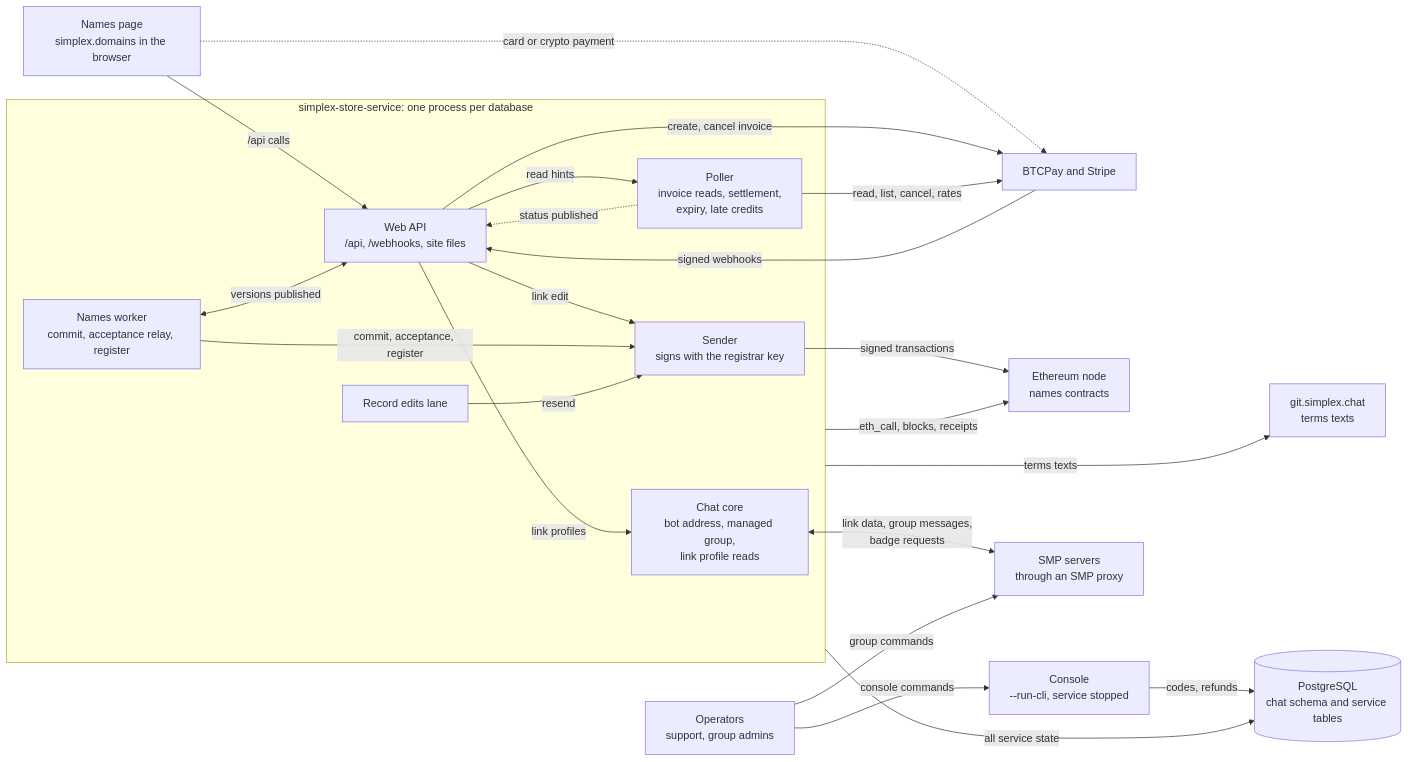
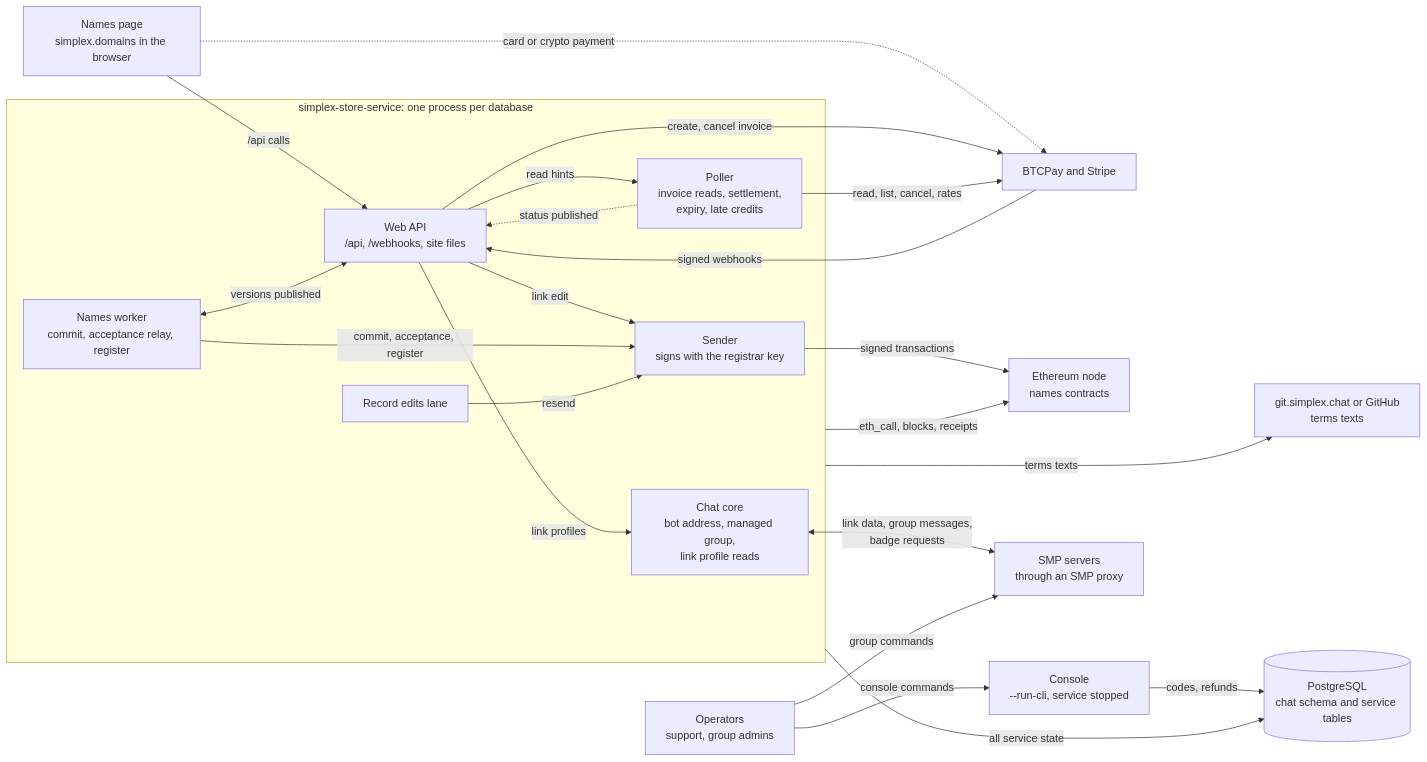
The first of 13 diagrams in apps/simplex-store-service/docs/names.md (simplex-chat/simplex-chat), drawn with Mermaid before and after one commit. The commit also changed other lines of this file and 3 other files, not shown here.

Commit message:
store: take names terms links on GitHub and pinned only by commit

````diff
--- a/apps/simplex-store-service/docs/names.md
+++ b/apps/simplex-store-service/docs/names.md
@@ -33,41 +33,41 @@
 ```mermaid
 flowchart LR
   ops["Operators<br/>support, group admins"]
   page["Names page<br/>simplex.domains in the browser"]
   pay["BTCPay and Stripe"]
   subgraph proc["simplex-store-service: one process per database"]
     web["Web API<br/>/api, /webhooks, site files"]
     poller["Poller<br/>invoice reads, settlement,<br/>expiry, late credits"]
     worker["Names worker<br/>commit, acceptance relay, register"]
     edits["Record edits lane"]
     sender["Sender<br/>signs with the registrar key"]
     chat["Chat core<br/>bot address, managed group,<br/>link profile reads"]
   end
   cli["Console<br/>--run-cli, service stopped"]
   db[("PostgreSQL<br/>chat schema and service tables")]
   eth["Ethereum node<br/>names contracts"]
   smp["SMP servers<br/>through an SMP proxy"]
-  git["git.simplex.chat<br/>terms texts"]
+  git["git.simplex.chat or GitHub<br/>terms texts"]
 
   page -->|"/api calls"| web
   page -.->|"card or crypto payment"| pay
   pay -->|"signed webhooks"| web
   web -->|"create, cancel invoice"| pay
   web -->|"read hints"| poller
   poller -->|"read, list, cancel, rates"| pay
   poller -.->|"status published"| web
   worker <-->|"versions published"| web
   web -->|"link edit"| sender
   worker -->|"commit, acceptance, register"| sender
   edits -->|"resend"| sender
   sender -->|"signed transactions"| eth
   proc -->|"eth_call, blocks, receipts"| eth
   proc -->|"all service state"| db
   proc -->|"terms texts"| git
   web -->|"link profiles"| chat
   chat <-->|"link data, group messages,<br/>badge requests"| smp
   ops -->|"group commands"| smp
   ops -->|"console commands"| cli
   cli -->|"codes, refunds"| db
   eth ~~~ git
 ```
````
